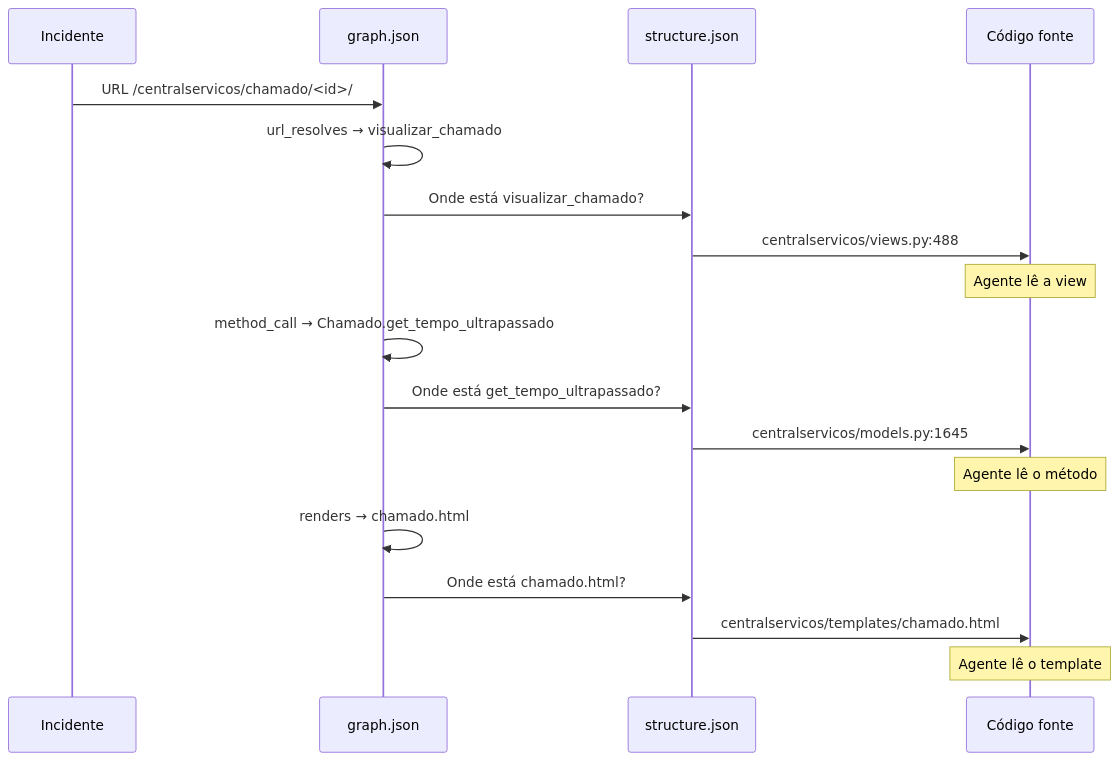
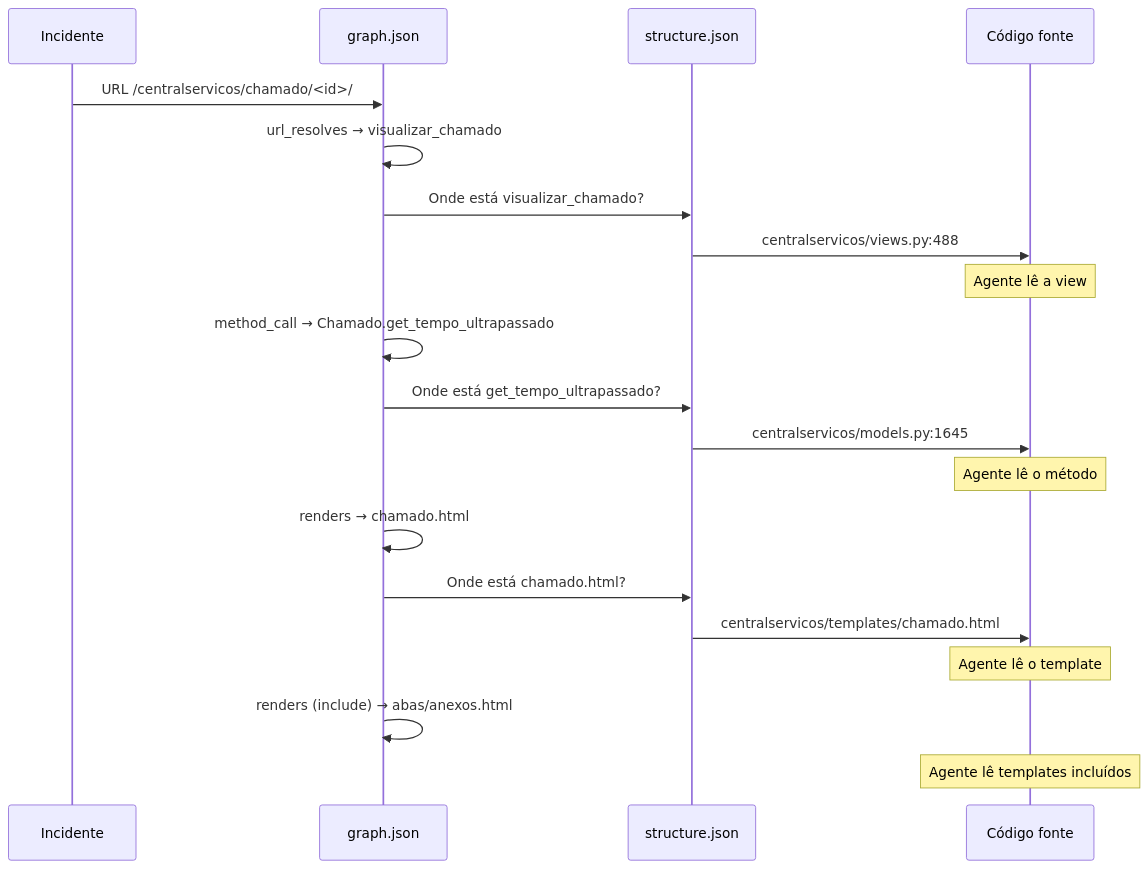
Before and after one commit to jailtoncarlos/incident-analyst-agent: the sixth of 7 diagrams in docs/inspection-strategy.md, drawn with Mermaid. The commit also changed other lines of this file, not shown here.

````diff
--- a/docs/inspection-strategy.md
+++ b/docs/inspection-strategy.md
@@ -192,23 +224,26 @@
 ```mermaid
 sequenceDiagram
     participant Issue as Incidente
     participant Graph as graph.json
     participant Structure as structure.json
     participant Code as Código fonte
 
     Issue->>Graph: URL /centralservicos/chamado/<id>/
     Graph->>Graph: url_resolves → visualizar_chamado
     Graph->>Structure: Onde está visualizar_chamado?
     Structure->>Code: centralservicos/views.py:488
     Note over Code: Agente lê a view
 
     Graph->>Graph: method_call → Chamado.get_tempo_ultrapassado
     Graph->>Structure: Onde está get_tempo_ultrapassado?
     Structure->>Code: centralservicos/models.py:1645
     Note over Code: Agente lê o método
 
     Graph->>Graph: renders → chamado.html
     Graph->>Structure: Onde está chamado.html?
     Structure->>Code: centralservicos/templates/chamado.html
     Note over Code: Agente lê o template
+
+    Graph->>Graph: renders (include) → abas/anexos.html
+    Note over Code: Agente lê templates incluídos
 ```
````
